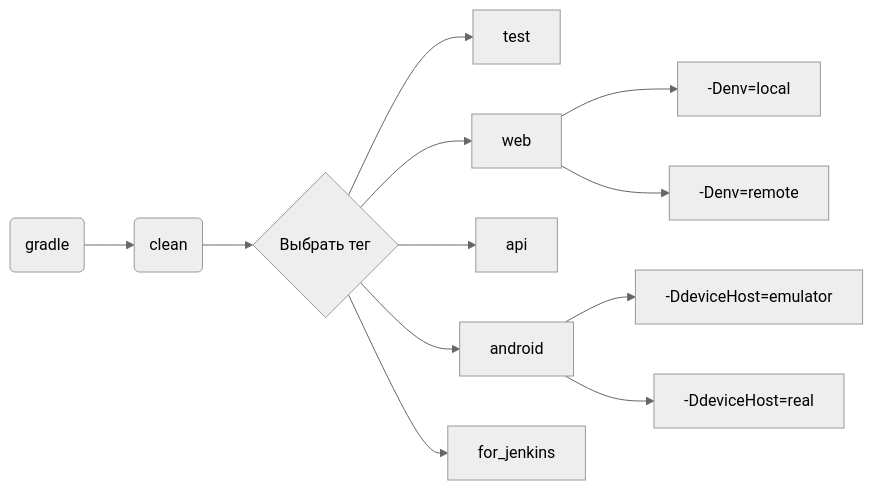
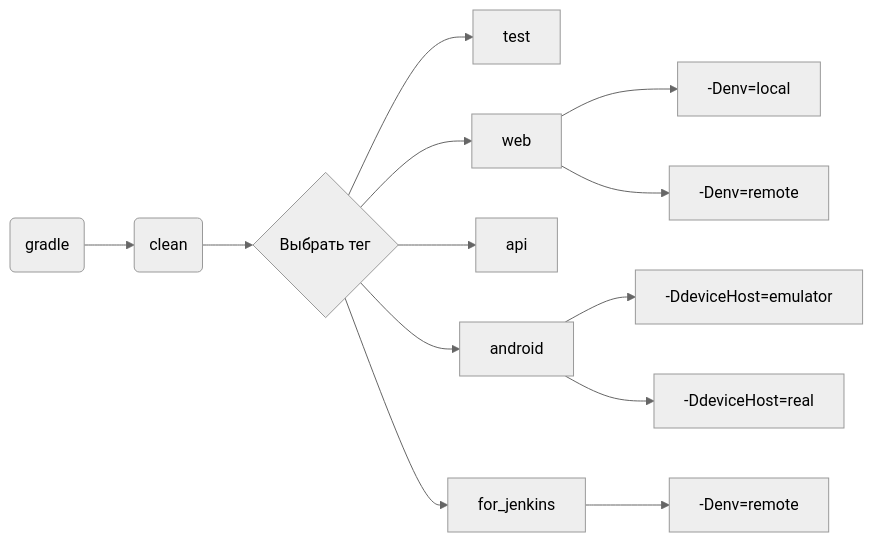
The diagram in README.md (shpyrkova/ohmywishes-autotests), drawn with Mermaid (neutral theme) before and after one commit.

````diff
--- a/README.md
+++ b/README.md
@@ -88,14 +88,15 @@
 ```mermaid 
 flowchart LR
     A(gradle) --> B(clean)
     B --> C{Выбрать тег}
     C --> D[test]
     C --> E[web]
     C --> F[api]
     C --> G[android]
     C --> H[for_jenkins]
-    E --> I[-Denv=local]
-    E --> J[-Denv=remote]
-    G --> K[-DdeviceHost=emulator]
-    G --> L[-DdeviceHost=real]
+    H --> I[-Denv=remote]
+    E --> J[-Denv=local]
+    E --> K[-Denv=remote]
+    G --> L[-DdeviceHost=emulator]
+    G --> M[-DdeviceHost=real]
 ```
````
